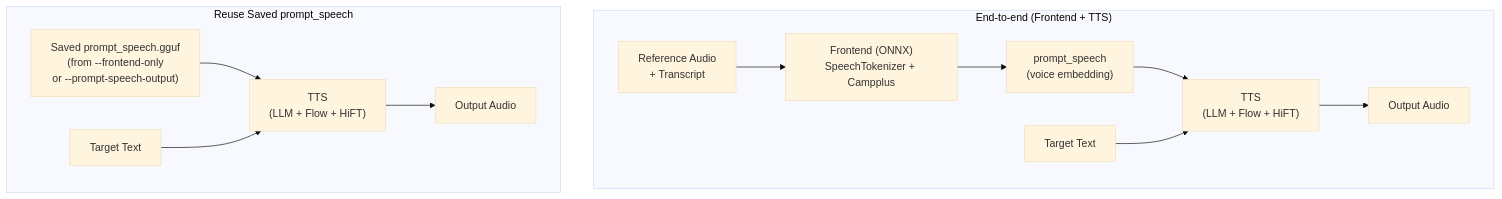
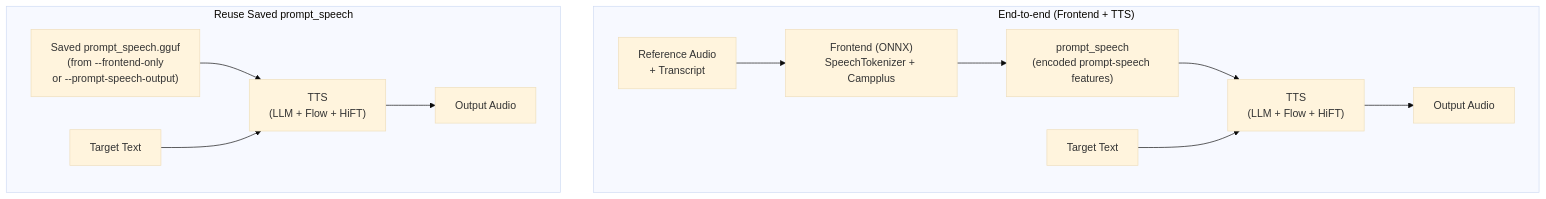
Before and after one commit to Lourdle/cosyvoice.cpp: the diagram in README.md, drawn with Mermaid (base theme). The commit also changed other lines of this file and 7 other files, not shown here.

Commit message:
docs: clarify prompt_speech contents

````diff
--- a/README.md
+++ b/README.md
@@ -134,16 +134,16 @@
 ```mermaid
 flowchart TD
     subgraph E2E ["End-to-end (Frontend + TTS)"]
         A["Reference Audio<br/>+ Transcript"] --> B["Frontend (ONNX)<br/>SpeechTokenizer + Campplus"]
-        B --> C["prompt_speech<br/>(voice embedding)"]
+        B --> C["prompt_speech<br/>(encoded prompt-speech features)"]
         C --> D["TTS<br/>(LLM + Flow + HiFT)"]
         E["Target Text"] --> D
         D --> F["Output Audio"]
     end
 
     subgraph REUSE["Reuse Saved prompt_speech"]
         G["Saved prompt_speech.gguf<br/>(from --frontend-only<br/>or --prompt-speech-output)"] --> H["TTS<br/>(LLM + Flow + HiFT)"]
         I["Target Text"] --> H
         H --> J["Output Audio"]
     end
 ```
````
